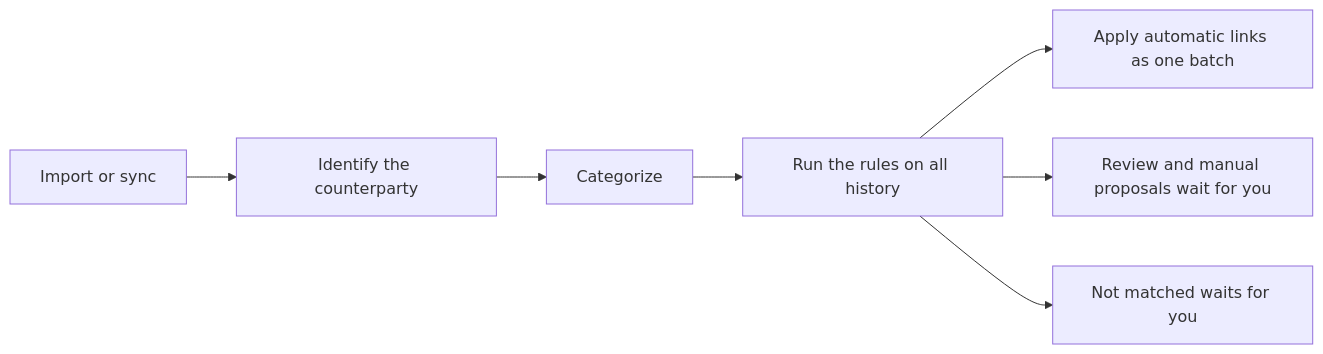
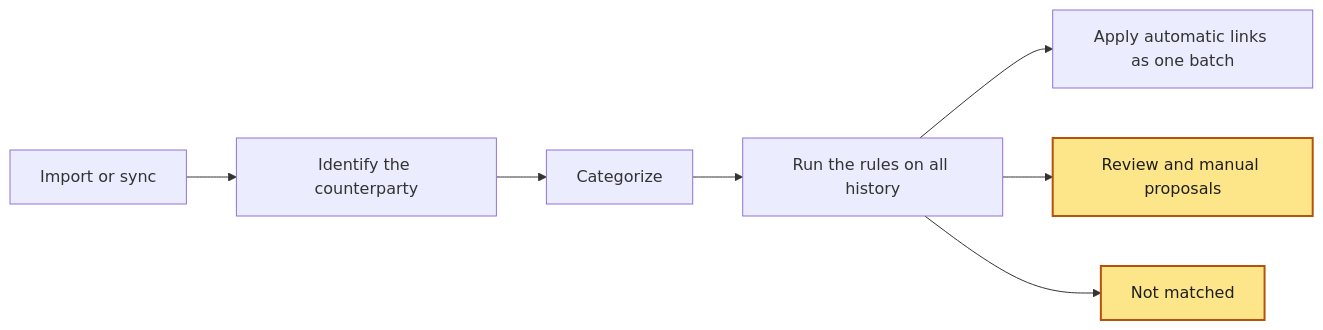
Before and after one commit to spinningyoyo/omsync: the second of 5 diagrams in docs/architecture/reconciliation.md, drawn with Mermaid. The commit also changed other lines of this file and 337 other files, not shown here.

````diff
--- a/docs/architecture/reconciliation.md
+++ b/docs/architecture/reconciliation.md
@@ -23,9 +23,11 @@
 ```mermaid
 flowchart LR
     Import[Import or sync] --> Identify[Identify the counterparty]
     Identify --> Categorize[Categorize]
     Categorize --> Rules[Run the rules on all history]
     Rules --> Auto[Apply automatic links as one batch]
-    Rules --> Review[Review and manual proposals wait for you]
-    Rules --> NotMatched[Not matched waits for you]
+    Rules --> Review[Review and manual proposals]
+    Rules --> NotMatched[Not matched]
+    class Review,NotMatched waits
+    classDef waits fill:#fde68a,stroke:#b45309,stroke-width:2px,color:#1f1f1f
 ```
````
